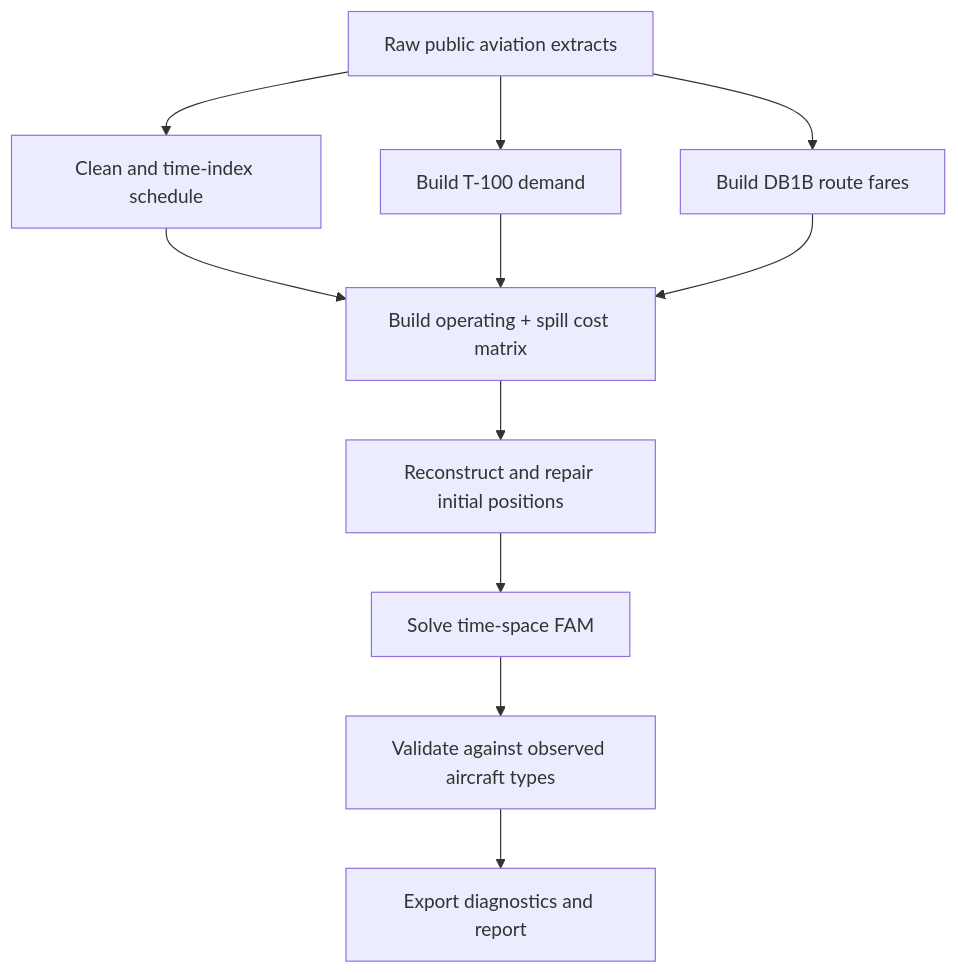
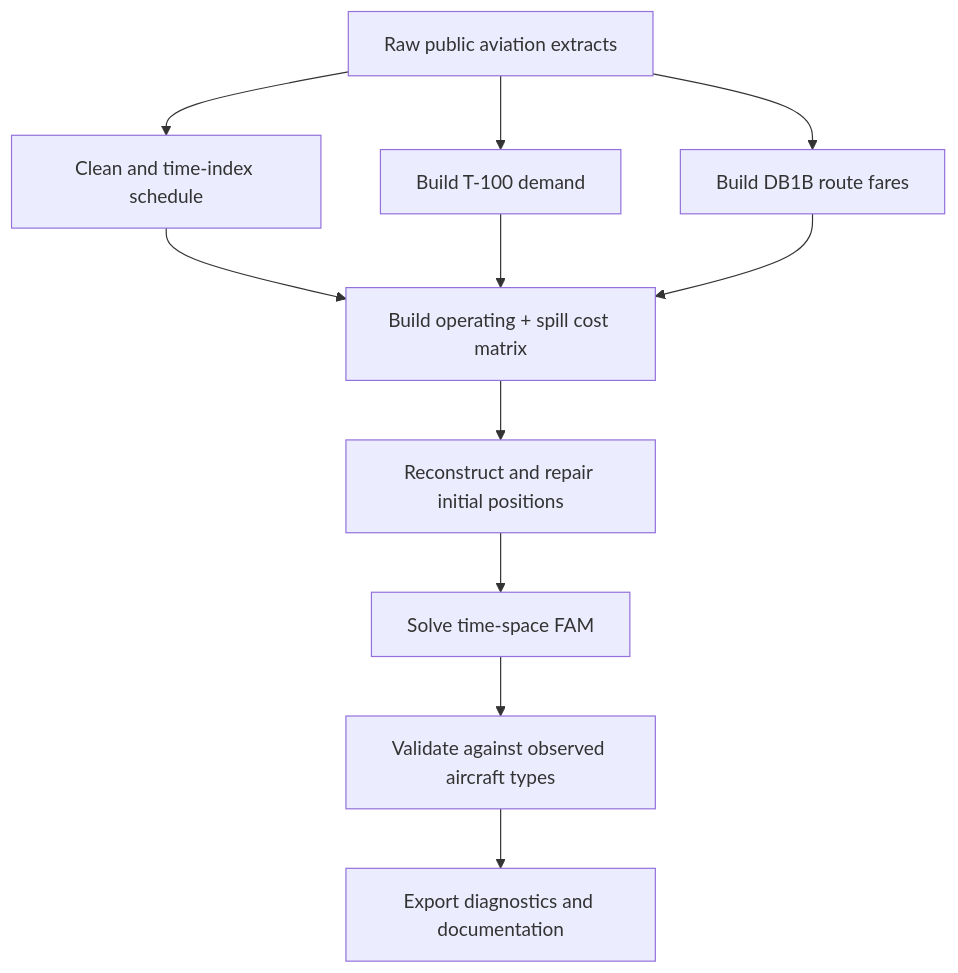
One commit to AsteriosPapanikolaou/fam-recreation-aircraft-assignment changed the diagram in docs/workflow.md. Above: the diagram before and after it, drawn with Mermaid. The commit also changed 3 other files, not shown here.

````diff
--- a/docs/workflow.md
+++ b/docs/workflow.md
@@ -3,23 +3,23 @@
 ```mermaid
 flowchart TD
     raw[Raw public aviation extracts]
     schedule[Clean and time-index schedule]
     demand[Build T-100 demand]
     fares[Build DB1B route fares]
     costs[Build operating + spill cost matrix]
     fleet[Reconstruct and repair initial positions]
     solve[Solve time-space FAM]
     validate[Validate against observed aircraft types]
-    report[Export diagnostics and report]
+    docs[Export diagnostics and documentation]
 
     raw --> schedule
     raw --> demand
     raw --> fares
     schedule --> costs
     demand --> costs
     fares --> costs
     costs --> fleet
     fleet --> solve
     solve --> validate
-    validate --> report
+    validate --> docs
 ```
````
